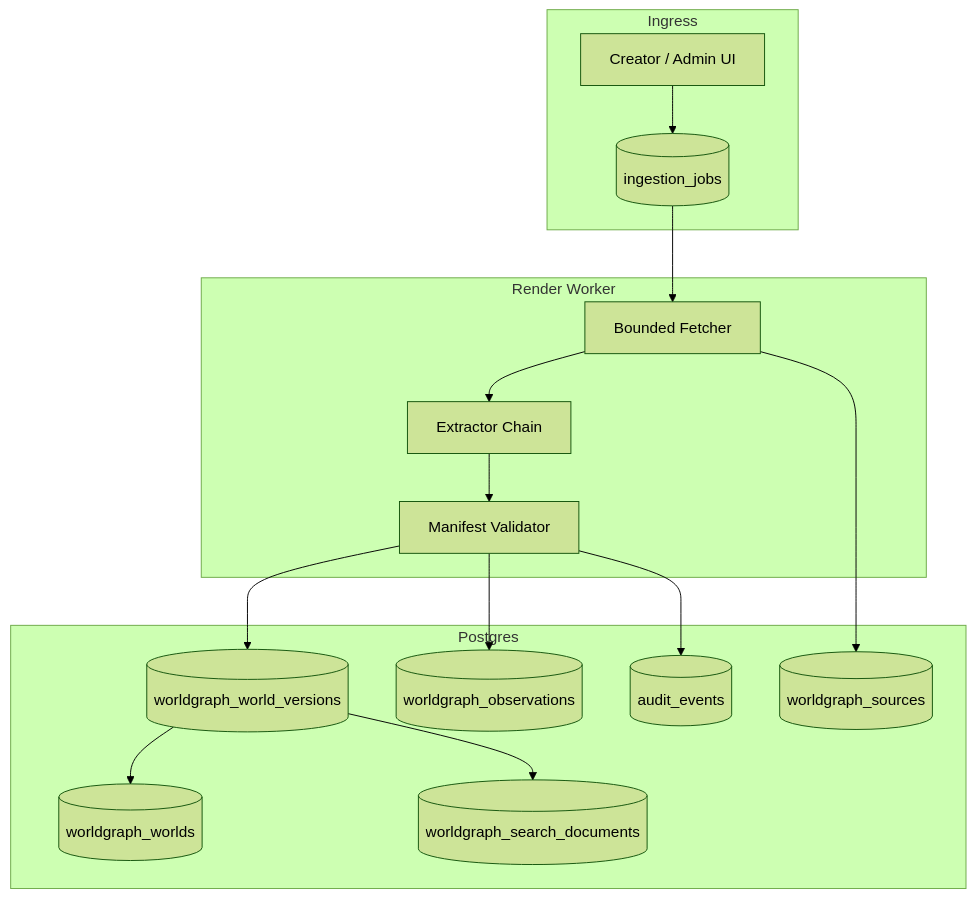
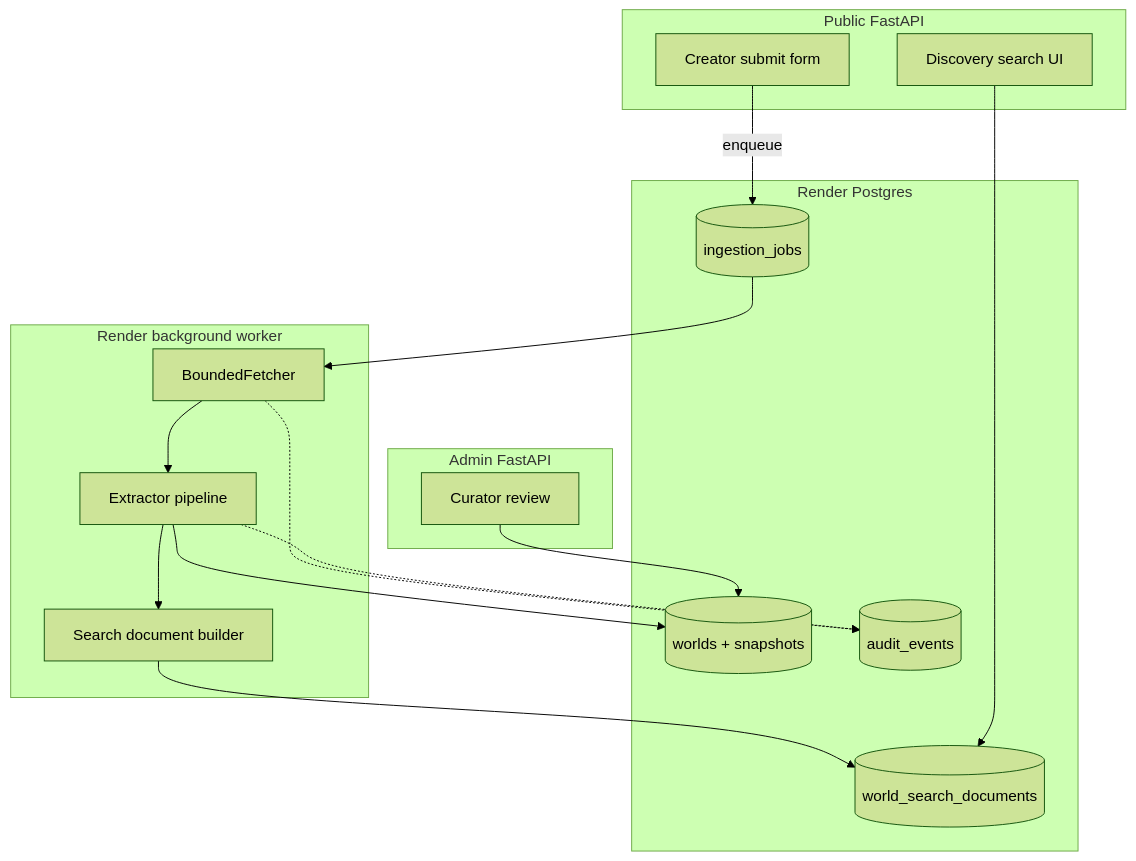
One commit to saberistic-team/agent-web changed the second of 3 diagrams in docs/worldgraph/TECHNICAL_SPIKE.md. Above: the diagram before and after it, drawn with Mermaid (forest theme). The commit also changed other lines of this file and 31 other files, not shown here.

````diff
--- a/docs/worldgraph/TECHNICAL_SPIKE.md
+++ b/docs/worldgraph/TECHNICAL_SPIKE.md
@@ -214,33 +341,29 @@
 ```mermaid
 flowchart TB
-  subgraph ingress [Ingress]
-    CreatorUI[Creator / Admin UI]
-    JobQueue[(ingestion_jobs)]
-  end
+    subgraph public [Public FastAPI]
+        Form[Creator submit form]
+        SearchUI[Discovery search UI]
+    end
+    subgraph admin [Admin FastAPI]
+        Review[Curator review]
+    end
+    subgraph worker [Render background worker]
+        Fetcher[BoundedFetcher]
+        Extractor[Extractor pipeline]
+        Indexer[Search document builder]
+    end
+    subgraph db [Render Postgres]
+        Worlds[(worlds + snapshots)]
+        Jobs[(ingestion_jobs)]
+        Search[(world_search_documents)]
+        Audit[(audit_events)]
+    end
 
-  subgraph worker [Render Worker]
-    Fetcher[Bounded Fetcher]
-    Extractor[Extractor Chain]
-    Validator[Manifest Validator]
-  end
-
-  subgraph storage [Postgres]
-    Worlds[(worldgraph_worlds)]
-    Versions[(worldgraph_world_versions)]
-    Sources[(worldgraph_sources)]
-    Observations[(worldgraph_observations)]
-    SearchDocs[(worldgraph_search_documents)]
-    Audit[(audit_events)]
-  end
-
-  CreatorUI --> JobQueue
-  JobQueue --> Fetcher
-  Fetcher --> Extractor
-  Extractor --> Validator
-  Validator --> Versions
-  Validator --> Observations
-  Versions --> Worlds
-  Fetcher --> Sources
-  Versions --> SearchDocs
-  Validator --> Audit
+    Form -->|enqueue| Jobs
+    Jobs --> Fetcher --> Extractor --> Worlds
+    Extractor --> Indexer --> Search
+    SearchUI --> Search
+    Review --> Worlds
+    Fetcher -.-> Audit
+    Extractor -.-> Audit
 ```
````
